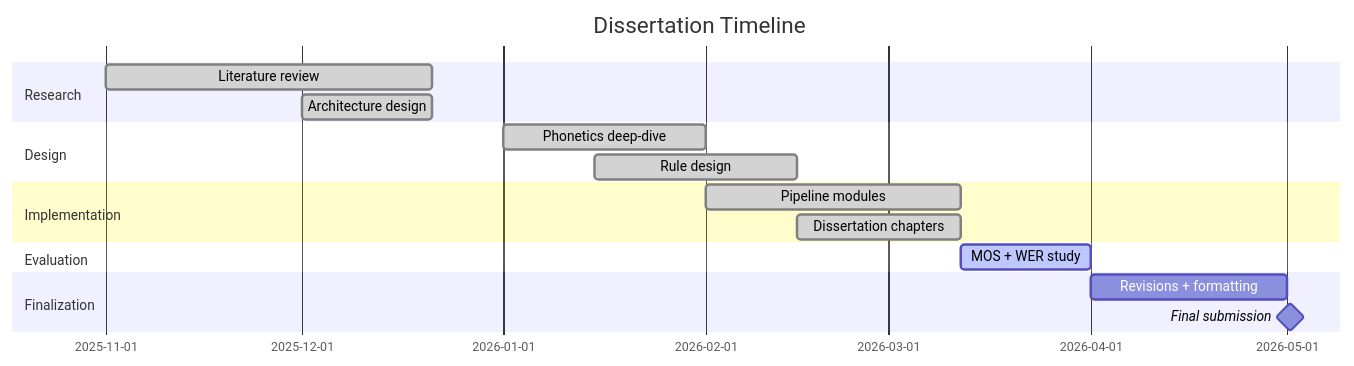
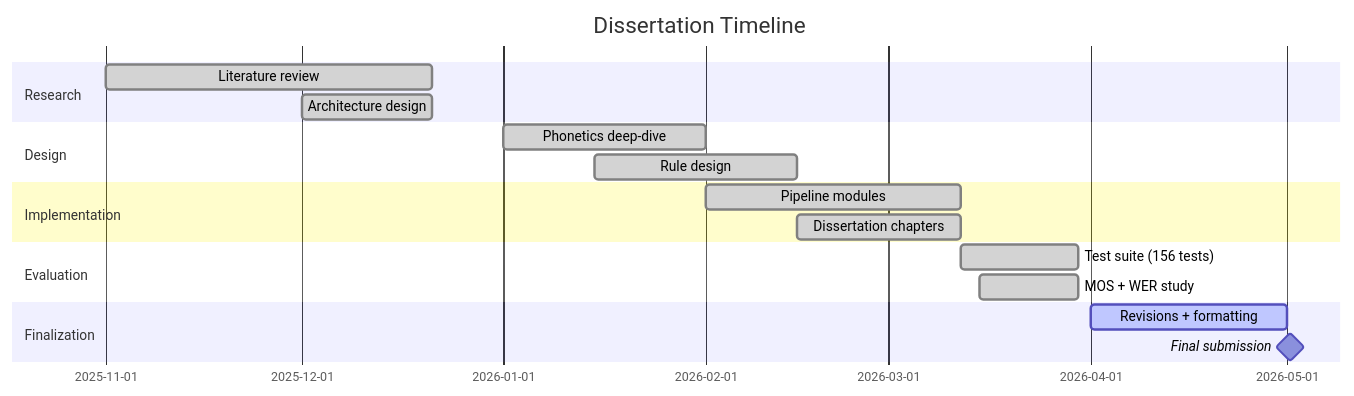
One commit to ulvibashir/TTS-system-for-Azerbaijani-language changed the fifth of 5 diagrams in README.md. Above: the diagram before and after it, drawn with Mermaid. The commit also changed other lines of this file and 20 other files, not shown here.

````diff
--- a/README.md
+++ b/README.md
@@ -202,19 +249,20 @@
 ```mermaid
 gantt
     title Dissertation Timeline
     dateFormat  YYYY-MM-DD
     section Research
         Literature review       :done,    2025-11-01, 2025-12-21
         Architecture design     :done,    2025-12-01, 2025-12-21
     section Design
         Phonetics deep-dive     :done,    2026-01-01, 2026-02-01
         Rule design             :done,    2026-01-15, 2026-02-15
     section Implementation
         Pipeline modules        :done,    2026-02-01, 2026-03-12
         Dissertation chapters   :done,    2026-02-15, 2026-03-12
     section Evaluation
-        MOS + WER study         :active,  2026-03-12, 2026-04-01
+        Test suite (156 tests)  :done,    2026-03-12, 2026-03-30
+        MOS + WER study         :done,    2026-03-15, 2026-03-30
     section Finalization
-        Revisions + formatting  :         2026-04-01, 2026-05-01
+        Revisions + formatting  :active,  2026-04-01, 2026-05-01
         Final submission        :milestone, 2026-05-01, 1d
 ```
````
